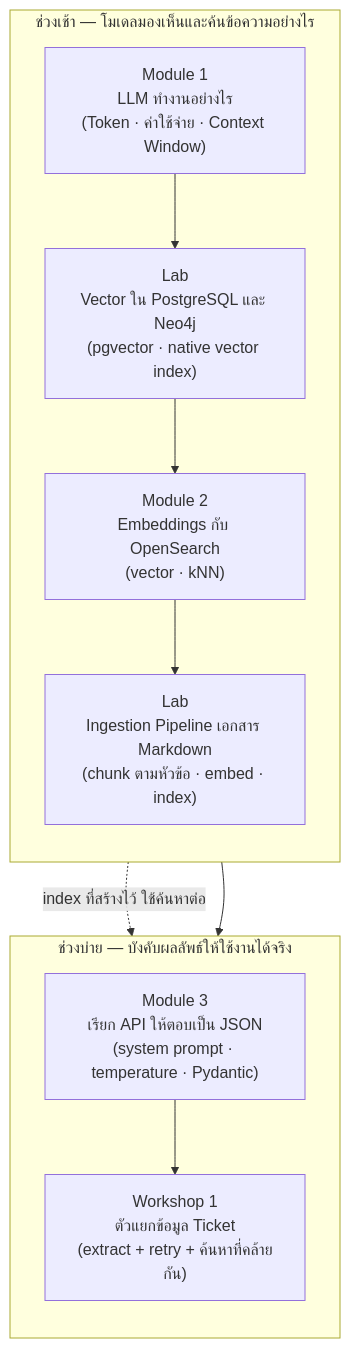
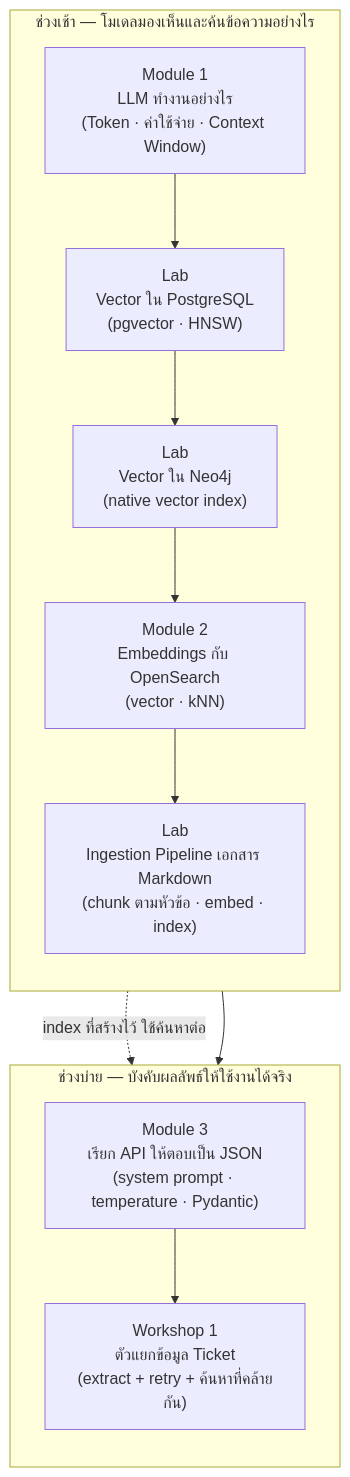
The diagram in INSTRUCTIONS/day1/00-day1-overview.md (LLM-CE-KMITL/mcp-workshop), drawn with Mermaid before and after one commit. The commit also changed other lines of this file and 12 other files, not shown here.

````diff
--- a/INSTRUCTIONS/day1/00-day1-overview.md
+++ b/INSTRUCTIONS/day1/00-day1-overview.md
@@ -25,18 +26,19 @@
 ```mermaid
 flowchart TD
     subgraph M["ช่วงเช้า — โมเดลมองเห็นและค้นข้อความอย่างไร"]
         direction TB
-        M1["Module 1<br/>LLM ทำงานอย่างไร<br/>(Token · ค่าใช้จ่าย · Context Window)"] --> L1["Lab<br/>Vector ใน PostgreSQL และ Neo4j<br/>(pgvector · native vector index)"]
-        L1 --> M2["Module 2<br/>Embeddings กับ OpenSearch<br/>(vector · kNN)"]
+        M1["Module 1<br/>LLM ทำงานอย่างไร<br/>(Token · ค่าใช้จ่าย · Context Window)"] --> L1a["Lab<br/>Vector ใน PostgreSQL<br/>(pgvector · HNSW)"]
+        L1a --> L1b["Lab<br/>Vector ใน Neo4j<br/>(native vector index)"]
+        L1b --> M2["Module 2<br/>Embeddings กับ OpenSearch<br/>(vector · kNN)"]
         M2 --> L2["Lab<br/>Ingestion Pipeline เอกสาร Markdown<br/>(chunk ตามหัวข้อ · embed · index)"]
     end
 
     L2 --> A
 
     subgraph A["ช่วงบ่าย — บังคับผลลัพธ์ให้ใช้งานได้จริง"]
         direction TB
         A1["Module 3<br/>เรียก API ให้ตอบเป็น JSON<br/>(system prompt · temperature · Pydantic)"] --> A2["Workshop 1<br/>ตัวแยกข้อมูล Ticket<br/>(extract + retry + ค้นหาที่คล้ายกัน)"]
     end
 
     M2 -.->|"index ที่สร้างไว้ ใช้ค้นหาต่อ"| A2
 ```
````
